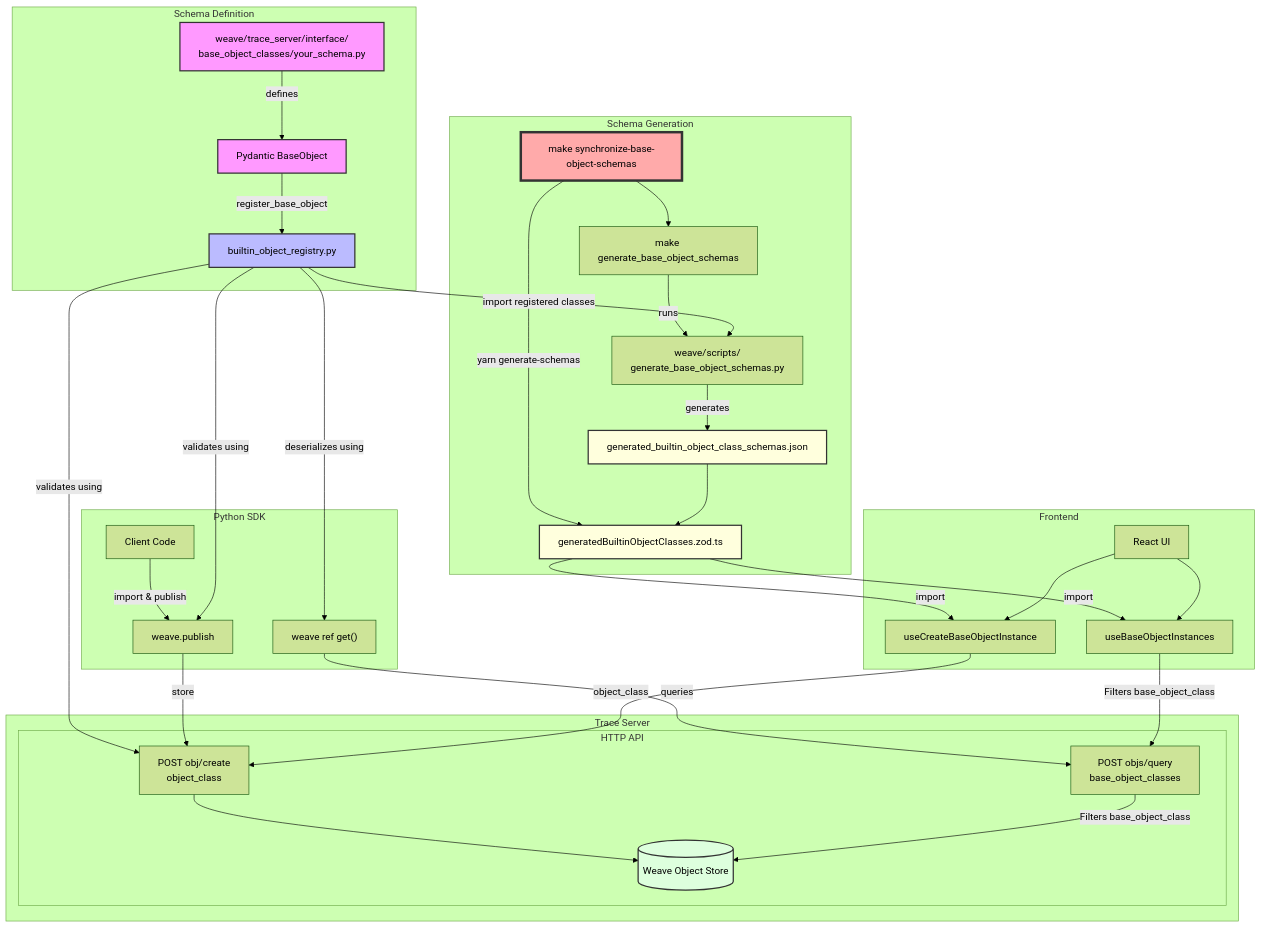
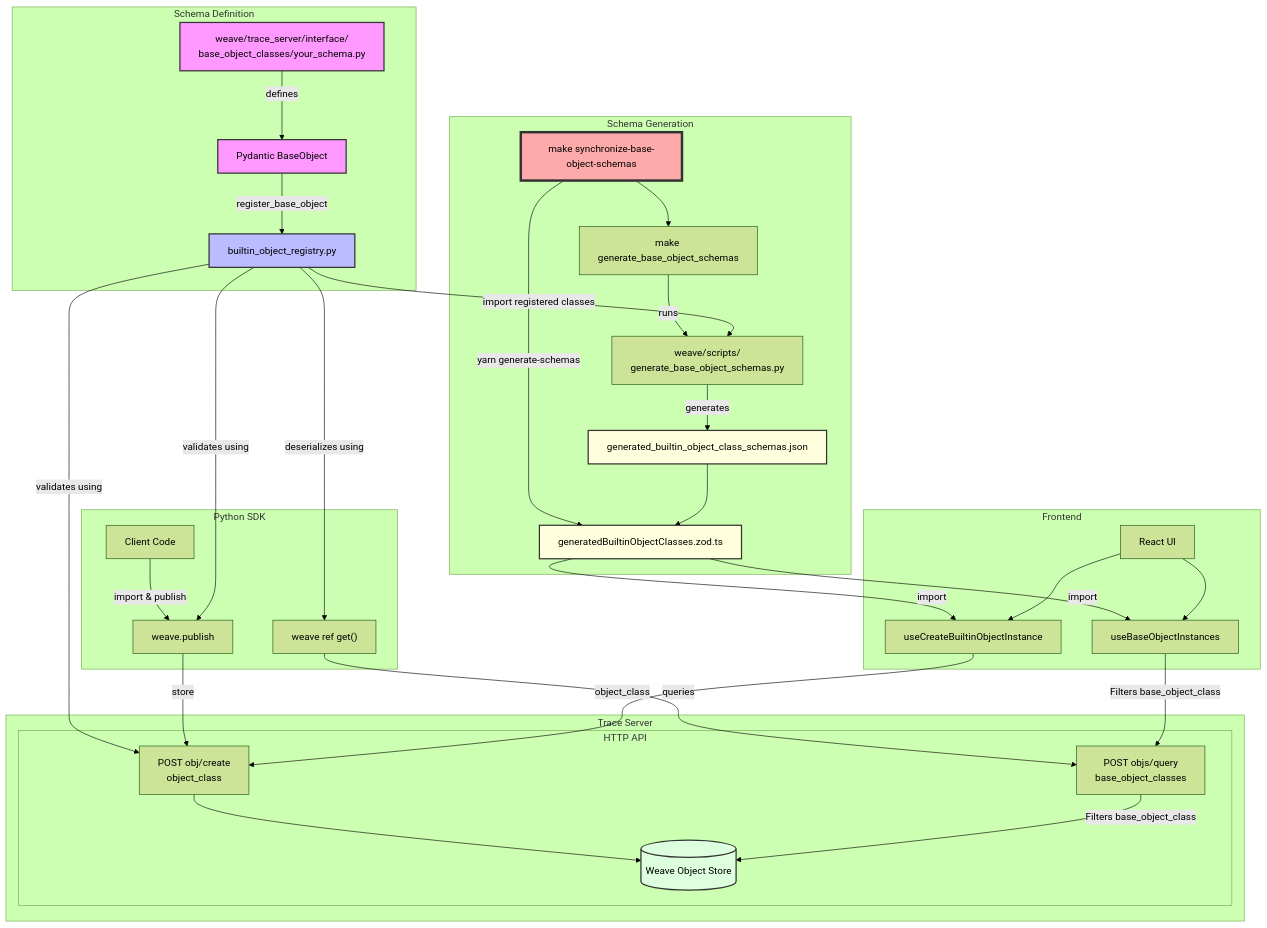
One commit to wandb/weave changed the diagram in dev_docs/BuiltinObjectClasses.md. Above: the diagram before and after it, drawn with Mermaid (forest theme). The commit also changed other lines of this file, not shown here.

Commit message:
docs(dev): fix useCreateBuiltinObjectInstance method name

````diff
--- a/dev_docs/BuiltinObjectClasses.md
+++ b/dev_docs/BuiltinObjectClasses.md
@@ -170,49 +175,49 @@
 ```mermaid
 graph TD
     subgraph Schema Definition
         F["weave/trace_server/interface/<br>base_object_classes/your_schema.py"] --> |defines| P[Pydantic BaseObject]
         P --> |register_base_object| R["builtin_object_registry.py"]
     end
 
     subgraph Schema Generation
         M["make synchronize-base-object-schemas"] --> G["make generate_base_object_schemas"]
         G --> |runs| S["weave/scripts/<br>generate_base_object_schemas.py"]
         R --> |import registered classes| S
         S --> |generates| J["generated_builtin_object_class_schemas.json"]
         M --> |yarn generate-schemas| Z["generatedBuiltinObjectClasses.zod.ts"]
         J --> Z
     end
 
     subgraph "Trace Server"
         subgraph "HTTP API"
             R --> |validates using| HW["POST obj/create<br>object_class"]
             HW --> DB[(Weave Object Store)]
             HR["POST objs/query<br>base_object_classes"] --> |Filters base_object_class| DB
         end
     end
 
     subgraph "Python SDK"
         PW[Client Code] --> |import & publish| W[weave.publish]
         W --> |store| HW
         R --> |validates using| W
         PR["weave ref get()"] --> |queries| HR
         R --> |deserializes using| PR
     end
 
     subgraph "Frontend"
         Z --> |import| UBI["useBaseObjectInstances"]
-        Z --> |import| UCI["useCreateBaseObjectInstance"]
+        Z --> |import| UCI["useCreateBuiltinObjectInstance"]
         UBI --> |Filters base_object_class| HR
         UCI --> |object_class| HW
         UI[React UI] --> UBI
         UI --> UCI
     end
 
     style F fill:#f9f,stroke:#333,stroke-width:2px
     style P fill:#f9f,stroke:#333,stroke-width:2px
     style R fill:#bbf,stroke:#333,stroke-width:2px
     style DB fill:#dfd,stroke:#333,stroke-width:2px
     style J fill:#ffd,stroke:#333,stroke-width:2px
     style Z fill:#ffd,stroke:#333,stroke-width:2px
     style M fill:#faa,stroke:#333,stroke-width:4px
 ```
````
